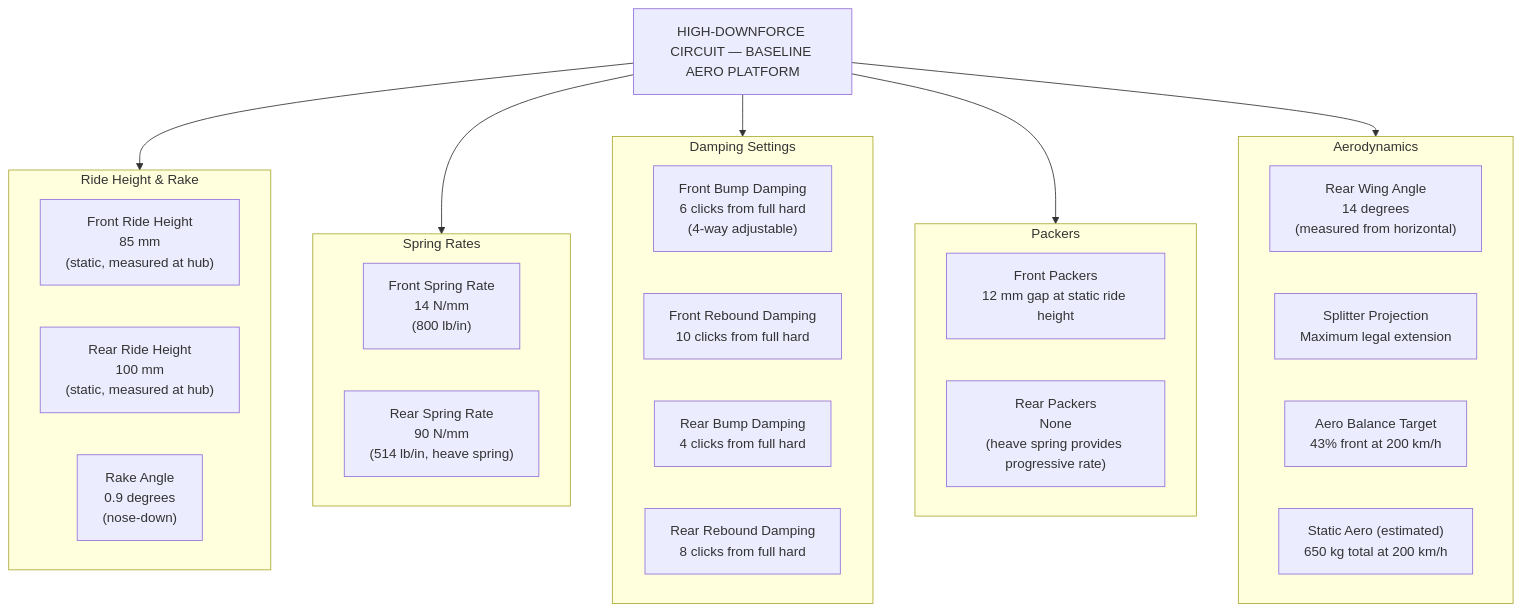
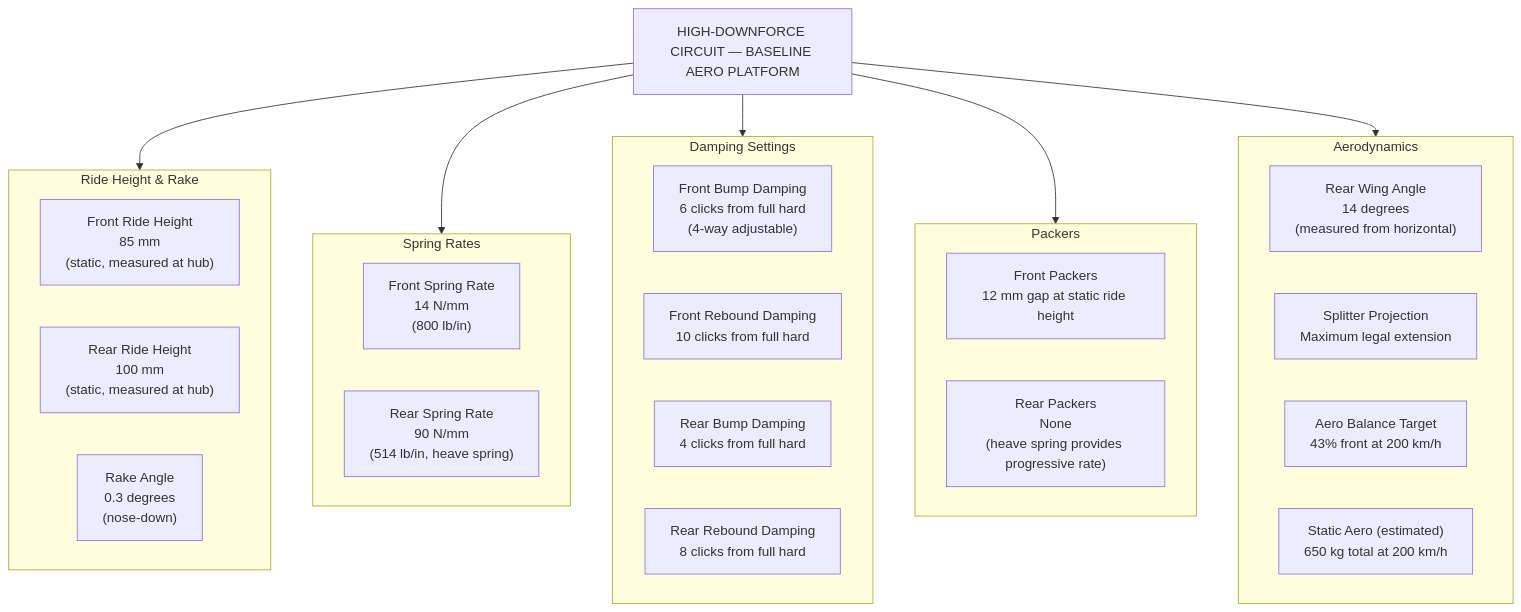
Before and after one commit to blebleblee/synapse: the third of 3 diagrams in topics/motorsports/driving/vehicle_dynamics/lesson_04_aerodynamics_stability_balance.md, drawn with Mermaid. The commit also changed 169 other files, not shown here.

````diff
--- a/topics/motorsports/driving/vehicle_dynamics/lesson_04_aerodynamics_stability_balance.md
+++ b/topics/motorsports/driving/vehicle_dynamics/lesson_04_aerodynamics_stability_balance.md
@@ -267,40 +267,40 @@
 ```mermaid
 flowchart TD
     title["HIGH-DOWNFORCE CIRCUIT — BASELINE AERO PLATFORM"]
     
     subgraph RideHeight ["Ride Height & Rake"]
         FRH["Front Ride Height<br/>85 mm<br/>(static, measured at hub)"]
         RRH["Rear Ride Height<br/>100 mm<br/>(static, measured at hub)"]
-        RAKE["Rake Angle<br/>0.9 degrees<br/>(nose-down)"]
+        RAKE["Rake Angle<br/>0.3 degrees<br/>(nose-down)"]
     end
     
     subgraph Springs ["Spring Rates"]
         FSR["Front Spring Rate<br/>14 N/mm<br/>(800 lb/in)"]
         RSR["Rear Spring Rate<br/>90 N/mm<br/>(514 lb/in, heave spring)"]
     end
     
     subgraph Damping ["Damping Settings"]
         FBD["Front Bump Damping<br/>6 clicks from full hard<br/>(4-way adjustable)"]
         FRD["Front Rebound Damping<br/>10 clicks from full hard"]
         RBD["Rear Bump Damping<br/>4 clicks from full hard"]
         RRD["Rear Rebound Damping<br/>8 clicks from full hard"]
     end
     
     subgraph Packers ["Packers"]
         FP["Front Packers<br/>12 mm gap at static ride height"]
         RP["Rear Packers<br/>None<br/>(heave spring provides progressive rate)"]
     end
     
     subgraph Aero ["Aerodynamics"]
         RWA["Rear Wing Angle<br/>14 degrees<br/>(measured from horizontal)"]
         SP["Splitter Projection<br/>Maximum legal extension"]
         ABT["Aero Balance Target<br/>43% front at 200 km/h"]
         SAD["Static Aero (estimated)<br/>650 kg total at 200 km/h"]
     end
     
     title --> RideHeight
     title --> Springs
     title --> Damping
     title --> Packers
     title --> Aero
 ```
````
